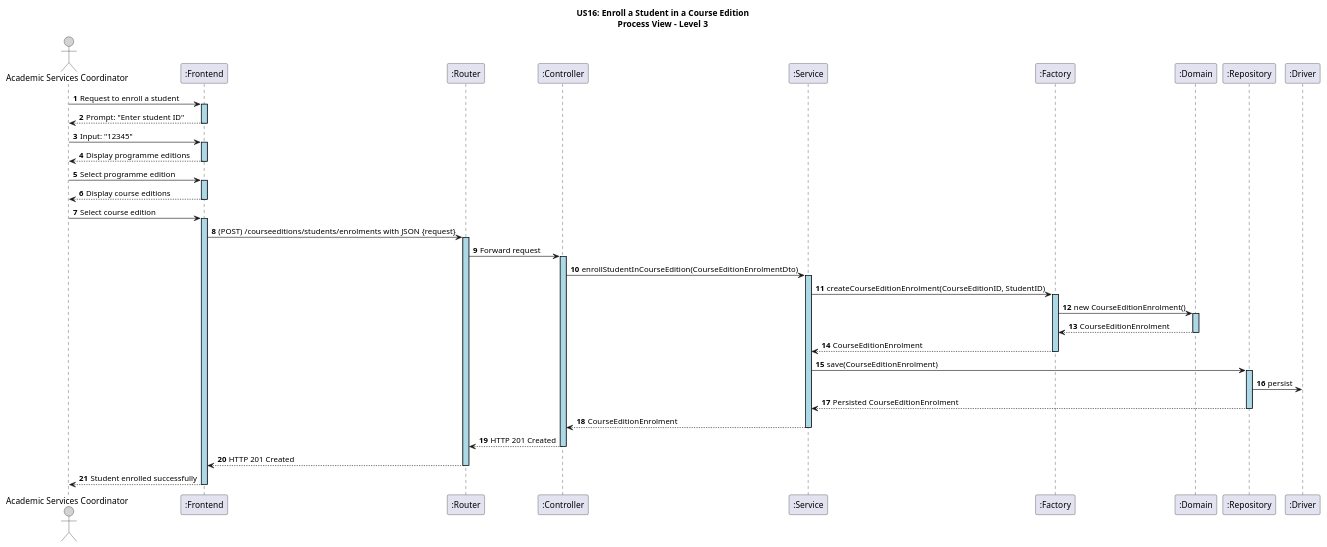
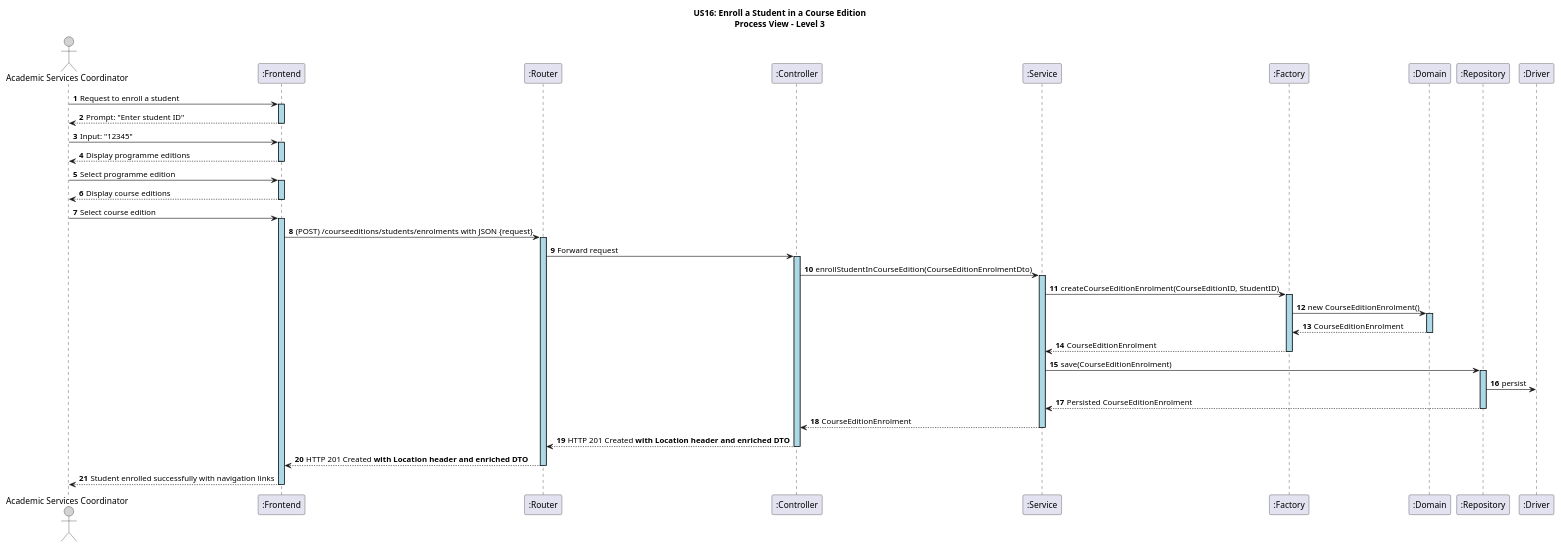
Before and after one commit to GasparISEP/DevOps-PAI: the diagram in docs/US16/sprint6_RestController/process_view/Level3.puml, drawn with PlantUML. The commit also changed 1 other file, not shown here.

Commit message:
docs: Enhance process view Level 3 and Level 4 diagrams to include HTTP response details, such as Location headers and enriched DTOs with navigation links for enrol a student in a CourseEdition feature. refs #659

```diff
--- a/docs/US16/sprint6_RestController/process_view/Level3.puml
+++ b/docs/US16/sprint6_RestController/process_view/Level3.puml
@@ -1,51 +1,52 @@
 @startuml
 autonumber
 
 skinparam sequence {
     LifelineBorderColor black
     LifelineBackgroundColor LightBlue
     ActorBorderColor black
     ActorBackgroundColor LightGray
 }
 
 title US16: Enroll a Student in a Course Edition\nProcess View – Level 3
 
 actor ASC as "Academic Services Coordinator"
 participant ":Frontend" as FE
 participant ":Router" as RT
 participant ":Controller" as CT
 participant ":Service" as SE
 participant ":Factory" as FA
 participant ":Domain" as DM
 participant ":Repository" as RE
 participant ":Driver" as Driver
 
 ASC -> FE ++: Request to enroll a student
 FE --> ASC --: Prompt: "Enter student ID"
 ASC -> FE ++: Input: "12345"
 FE --> ASC --: Display programme editions
 ASC -> FE ++: Select programme edition
 FE --> ASC --: Display course editions
 ASC -> FE ++: Select course edition
 
 FE -> RT ++: (POST) /courseeditions/students/enrolments with JSON {request}
 RT -> CT ++: Forward request
 
 CT -> SE ++: enrollStudentInCourseEdition(CourseEditionEnrolmentDto)
 
 SE -> FA ++: createCourseEditionEnrolment(CourseEditionID, StudentID)
 FA -> DM ++: new CourseEditionEnrolment()
 DM --> FA --: CourseEditionEnrolment
 FA --> SE --: CourseEditionEnrolment
 
 SE -> RE ++: save(CourseEditionEnrolment)
 RE -> Driver: persist
 RE --> SE --: Persisted CourseEditionEnrolment
 
 SE --> CT --: CourseEditionEnrolment
-CT --> RT --: HTTP 201 Created
 
-RT --> FE --: HTTP 201 Created
-FE --> ASC --: Student enrolled successfully
+CT --> RT --: HTTP 201 Created **with Location header and enriched DTO**
+
+RT --> FE --: HTTP 201 Created **with Location header and enriched DTO**
+FE --> ASC --: Student enrolled successfully with navigation links
 
 @enduml
```
